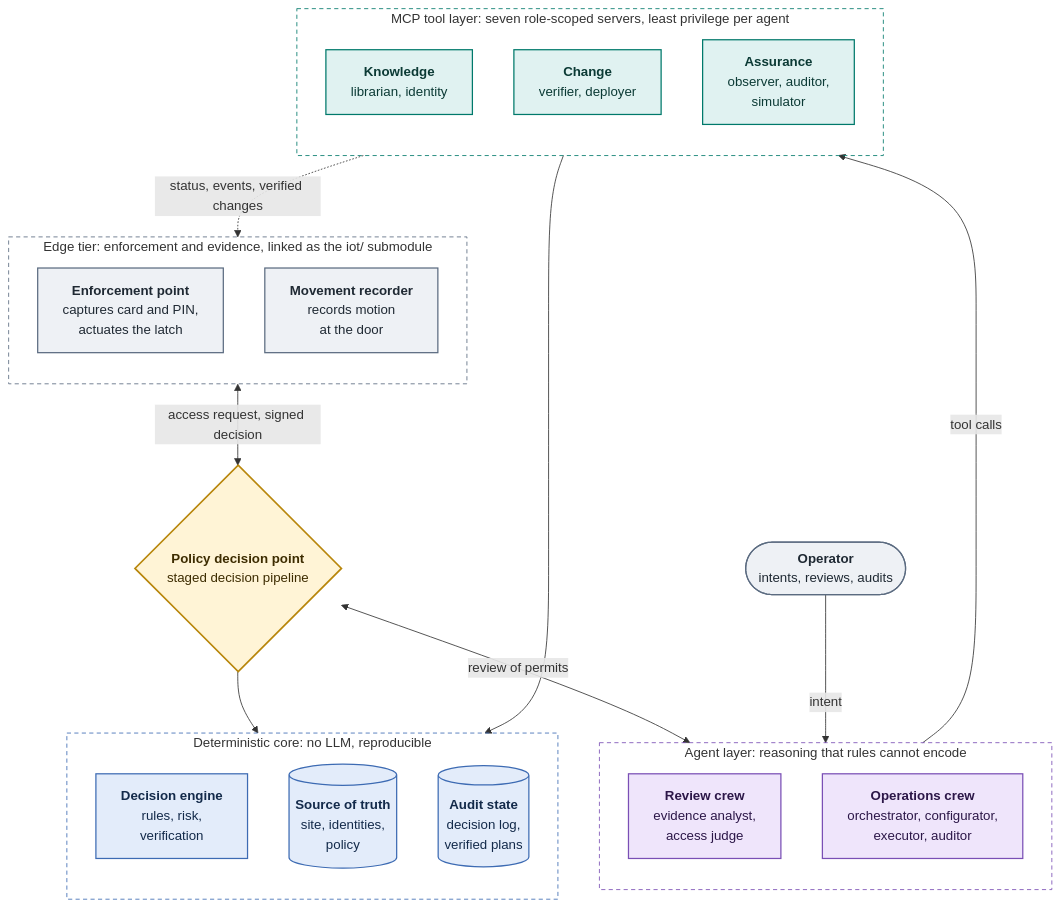
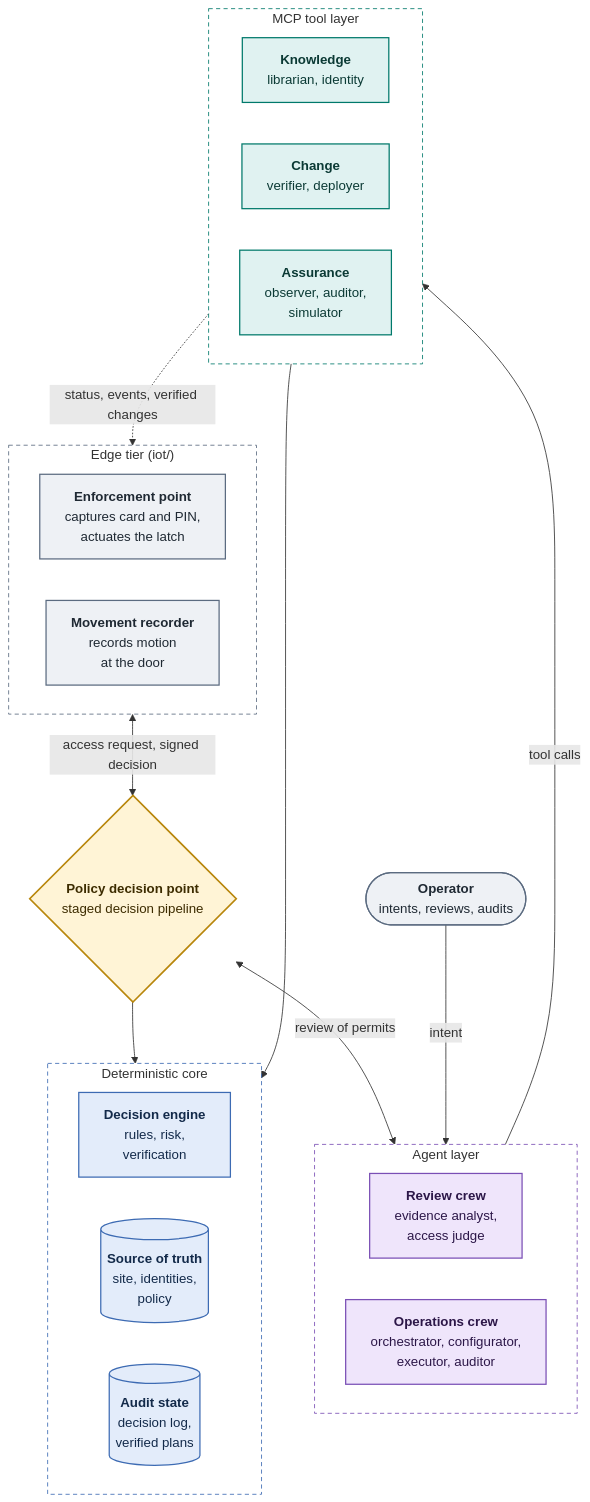
The first of 3 diagrams in README.md (CICTHackathon/llm-access), drawn with Mermaid before and after one commit.

Commit message:
docs: stack architecture groups vertically with fitted frames
Keep each group's boxes in a vertical column and shorten the group titles,
which were stretching every frame far wider than its boxes; the detail
they carried is already in the layer table.

````diff
--- a/README.md
+++ b/README.md
@@ -50,55 +50,55 @@
 ```mermaid
 flowchart TB
     OP(["<b>Operator</b><br/>intents, reviews, audits"])
 
-    subgraph EDGE["Edge tier: enforcement and evidence, linked as the iot/ submodule"]
-        direction TB
+    subgraph EDGE["Edge tier (iot/)"]
+        direction LR
         PEP["<b>Enforcement point</b><br/>captures card and PIN,<br/>actuates the latch"]
         REC["<b>Movement recorder</b><br/>records motion<br/>at the door"]
     end
 
     PDP{"<b>Policy decision point</b><br/>staged decision pipeline"}
 
-    subgraph AGENTS["Agent layer: reasoning that rules cannot encode"]
-        direction TB
+    subgraph AGENTS["Agent layer"]
+        direction LR
         REV["<b>Review crew</b><br/>evidence analyst,<br/>access judge"]
         OPS["<b>Operations crew</b><br/>orchestrator, configurator,<br/>executor, auditor"]
     end
 
-    subgraph TOOLS["MCP tool layer: seven role-scoped servers, least privilege per agent"]
-        direction TB
+    subgraph TOOLS["MCP tool layer"]
+        direction LR
         KNOW["<b>Knowledge</b><br/>librarian, identity"]
         CHANGE["<b>Change</b><br/>verifier, deployer"]
         ASSURE["<b>Assurance</b><br/>observer, auditor,<br/>simulator"]
     end
 
-    subgraph CORE["Deterministic core: no LLM, reproducible"]
-        direction TB
+    subgraph CORE["Deterministic core"]
+        direction LR
         ENG["<b>Decision engine</b><br/>rules, risk,<br/>verification"]
         SOT[("<b>Source of truth</b><br/>site, identities,<br/>policy")]
         AUD[("<b>Audit state</b><br/>decision log,<br/>verified plans")]
     end
 
     EDGE <-->|access request, signed decision| PDP
     PDP <-->|review of permits| AGENTS
     OP -->|intent| AGENTS
     AGENTS -->|tool calls| TOOLS
     PDP --> CORE
     TOOLS --> CORE
     TOOLS -.->|status, events, verified changes| EDGE
 
     classDef edge fill:#eef1f5,stroke:#5b6b80,color:#1f2933,stroke-width:1.5px
     classDef pdp fill:#fff4d6,stroke:#b8860b,color:#3d2c00,stroke-width:2px
     classDef agent fill:#efe5fb,stroke:#7a4fb5,color:#2c1748,stroke-width:1.5px
     classDef tool fill:#e0f2f1,stroke:#00796b,color:#0b3a35,stroke-width:1.5px
     classDef core fill:#e3ecfa,stroke:#3d6bb3,color:#132a4a,stroke-width:1.5px
     class OP,PEP,REC edge
     class PDP pdp
     class REV,OPS agent
     class KNOW,CHANGE,ASSURE tool
     class ENG,SOT,AUD core
     style EDGE fill:transparent,stroke:#5b6b80,stroke-dasharray:5 4
     style AGENTS fill:transparent,stroke:#7a4fb5,stroke-dasharray:5 4
     style TOOLS fill:transparent,stroke:#00796b,stroke-dasharray:5 4
     style CORE fill:transparent,stroke:#3d6bb3,stroke-dasharray:5 4
 ```
````
